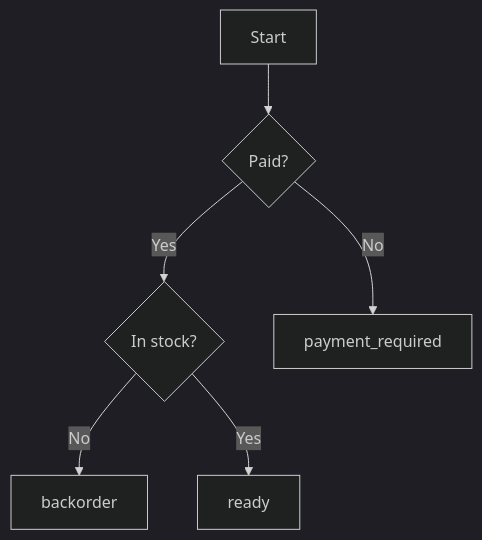
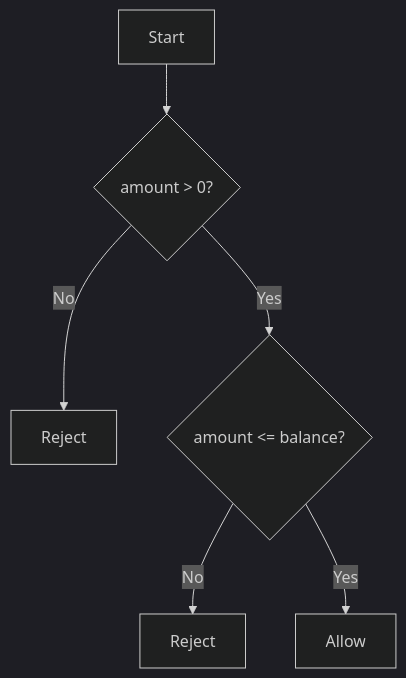
One commit to AvadhBhalodiya/Interview-Preparation changed the second of 7 diagrams in src/content/testing/test-coverage-good-tests.md. Above: the diagram before and after it, drawn with Mermaid (dark theme). The commit also changed other lines of this file and 54 other files, not shown here.

````diff
--- a/src/content/testing/test-coverage-good-tests.md
+++ b/src/content/testing/test-coverage-good-tests.md
@@ -312,15 +124,8 @@
 ```mermaid
 flowchart TD
-    START[Start]
-    PAID{Paid?}
-    STOCK{In stock?}
-    REQUIRED[payment_required]
-    BACKORDER[backorder]
-    READY[ready]
-
-    START --> PAID
-    PAID -- No --> REQUIRED
-    PAID -- Yes --> STOCK
-    STOCK -- No --> BACKORDER
-    STOCK -- Yes --> READY
+    START[Start] --> POSITIVE{amount > 0?}
+    POSITIVE -- No --> REJECT1[Reject]
+    POSITIVE -- Yes --> BALANCE{amount <= balance?}
+    BALANCE -- No --> REJECT2[Reject]
+    BALANCE -- Yes --> ALLOW[Allow]
 ```
````
